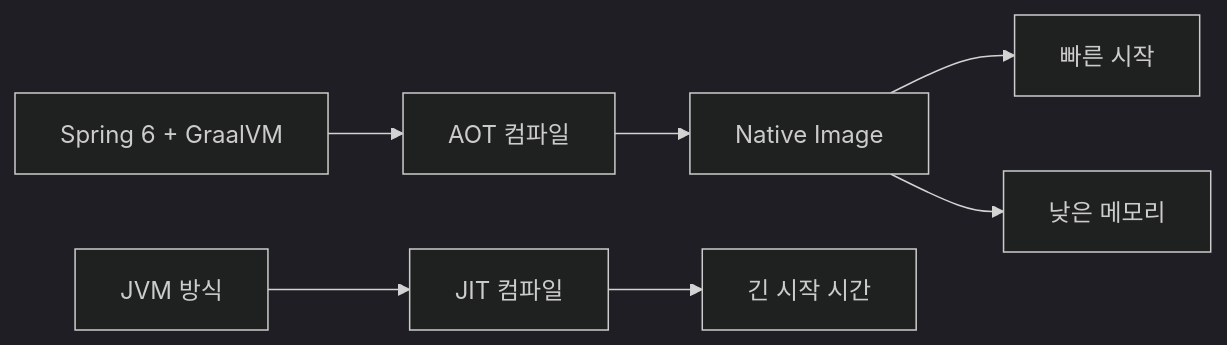
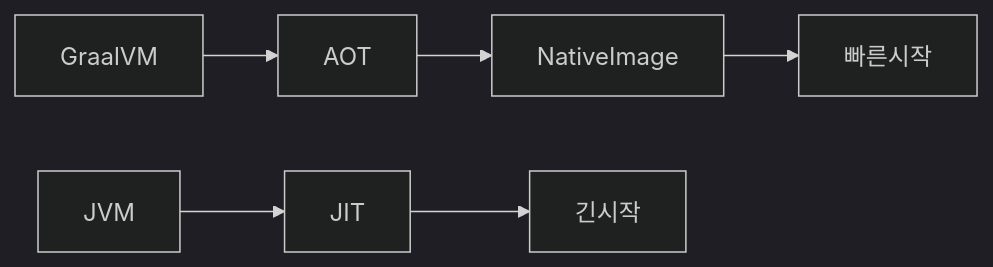
The fifth of 7 diagrams in _posts/spring/2026-05-02-spring6-principles.md (yjkim2015/yjkim2015.github.io), drawn with Mermaid (dark theme) before and after one commit. The commit also changed 163 other files, not shown here.

First line of the commit message:
Mermaid 300개 블록 내용 축소: 5노드 5엣지 이하, 의미 있는 약어

````diff
--- a/_posts/spring/2026-05-02-spring6-principles.md
+++ b/_posts/spring/2026-05-02-spring6-principles.md
@@ -344,9 +344,8 @@
 ```mermaid
 graph LR
-    A["Spring 6 + GraalVM"] --> B["AOT 컴파일"]
-    B --> C["Native Image"]
-    C --> D["빠른 시작"]
-    C --> E["낮은 메모리"]
-    G["JVM 방식"] --> H["JIT 컴파일"]
-    H --> I["긴 시작 시간"]
+    A[GraalVM] --> B[AOT]
+    B --> C[NativeImage]
+    C --> D[빠른시작]
+    E[JVM] --> F[JIT]
+    F --> G[긴시작]
 ```
````
